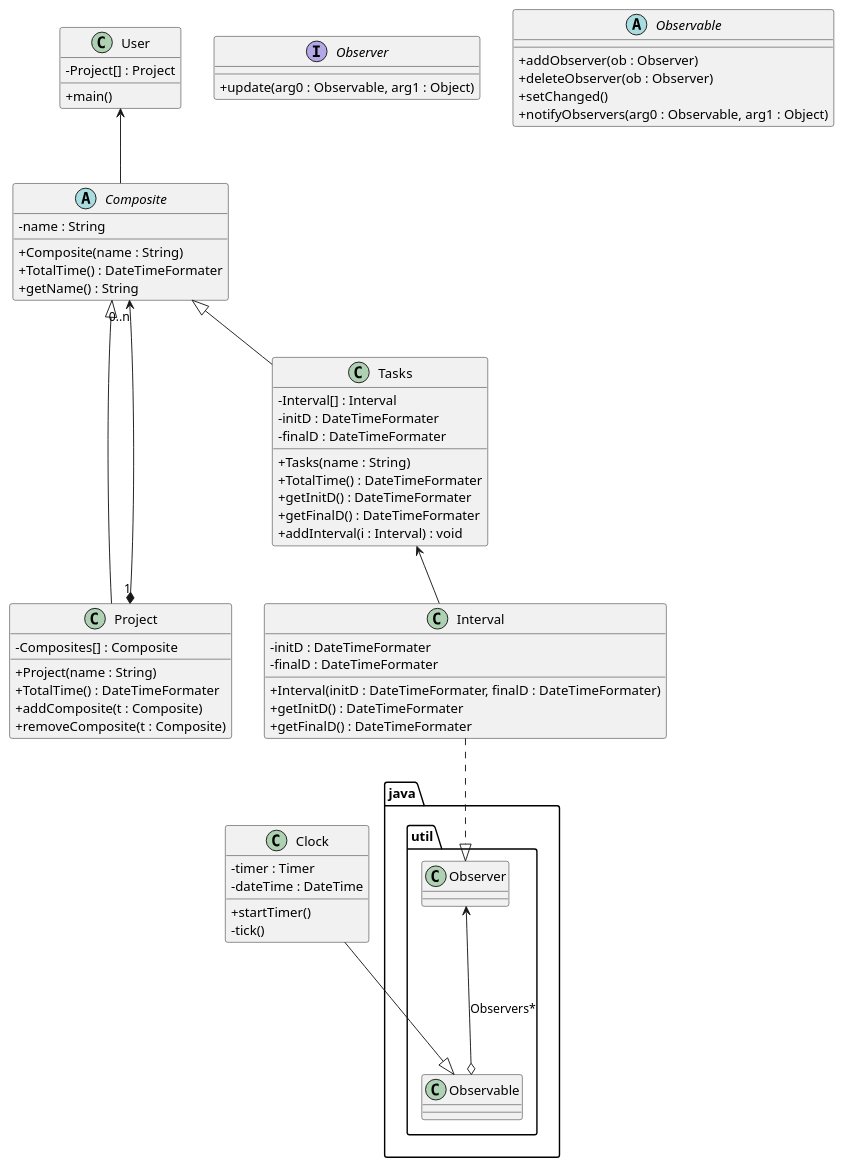
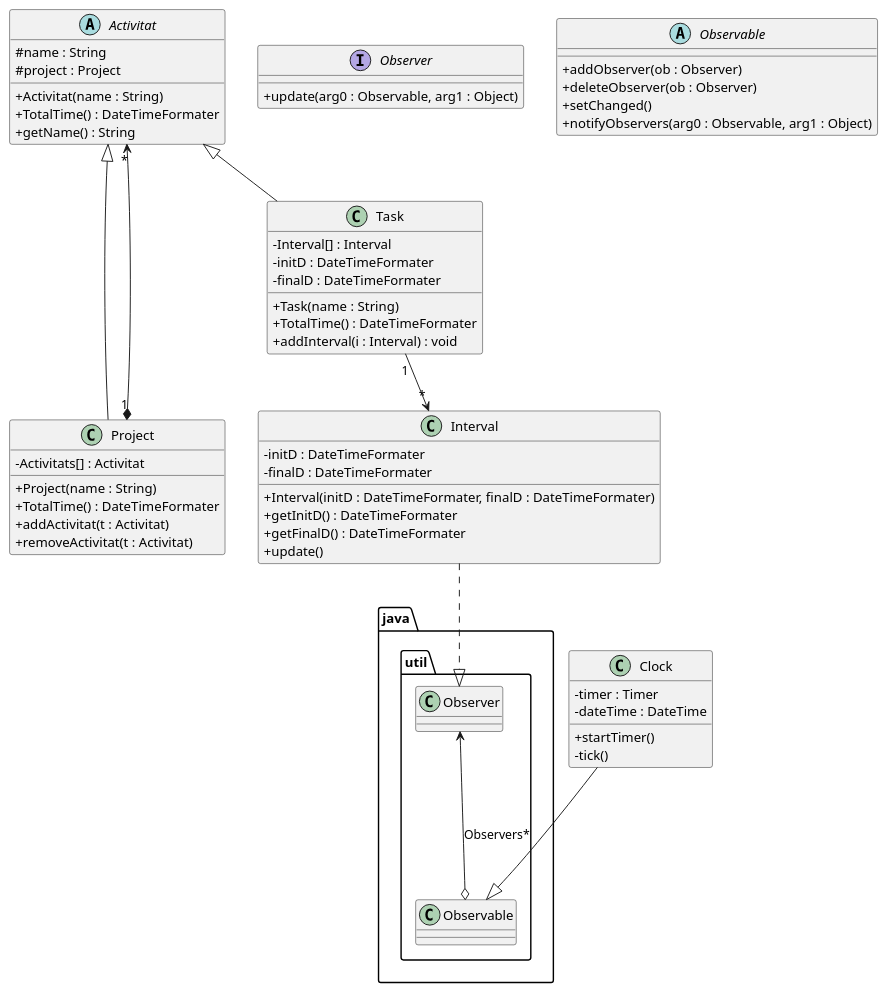
One commit to Jhonatanqt11/DS_proyecto changed the diagram in TimeTracker/src/TimeTracker.puml. Above: the diagram before and after it, drawn with PlantUML.

```diff
--- a/TimeTracker/src/TimeTracker.puml
+++ b/TimeTracker/src/TimeTracker.puml
@@ -1,79 +1,74 @@
 @startuml
 'https://plantuml.com/class-diagram
 
 skinparam classAttributeIconSize 0
 
 
 
 
-Composite -up-> User
-Project-up-|>Composite
-Tasks -up-|> Composite
-Project"1"*--->"0..n"Composite
-Tasks<--Interval
+Project-up-|>Activitat
+Task -up-|> Activitat
+Project"1"*--->"*"Activitat
+Task"1"-->"*"Interval
 
 package java.util{
 Observable o--up->Observer : Observers*
 }
 Clock---|>Observable
 Interval..|>Observer
-class User{
-    -Project[] : Project
-    +main()
-}
+
 Interface Observer{
     +update(arg0 : Observable, arg1 : Object)
 }
 Abstract Observable{
     +addObserver(ob : Observer)
     +deleteObserver(ob : Observer)
     +setChanged()
     +notifyObservers(arg0 : Observable, arg1 : Object)
 
 }
 class Project {
-    -Composites[] : Composite
+    -Activitats[] : Activitat
 
     +Project(name : String)
     +TotalTime() : DateTimeFormater
-    +addComposite(t : Composite)
-    +removeComposite(t : Composite)
+    +addActivitat(t : Activitat)
+    +removeActivitat(t : Activitat)
 }
-class Tasks{
+class Task{
     -Interval[] : Interval
     -initD : DateTimeFormater
     -finalD : DateTimeFormater
 
 
-    +Tasks(name : String)
+    +Task(name : String)
     +TotalTime() : DateTimeFormater
-    +getInitD() : DateTimeFormater
-    +getFinalD() : DateTimeFormater
     +addInterval(i : Interval) : void
 }
 
-abstract Composite{
-    -name : String
+abstract Activitat{
+    #name : String
+    #project : Project
 
-
-    +Composite(name : String)
+    +Activitat(name : String)
     +TotalTime() : DateTimeFormater
     +getName() : String
 }
 class Interval{
     -initD : DateTimeFormater
     -finalD : DateTimeFormater
 
     +Interval(initD : DateTimeFormater, finalD : DateTimeFormater)
     +getInitD() : DateTimeFormater
     +getFinalD() : DateTimeFormater
+    +update()
 }
 class Clock{
     -timer : Timer
     -dateTime : DateTime
     +startTimer()
     -tick()
 }
 
 
 @enduml
```
